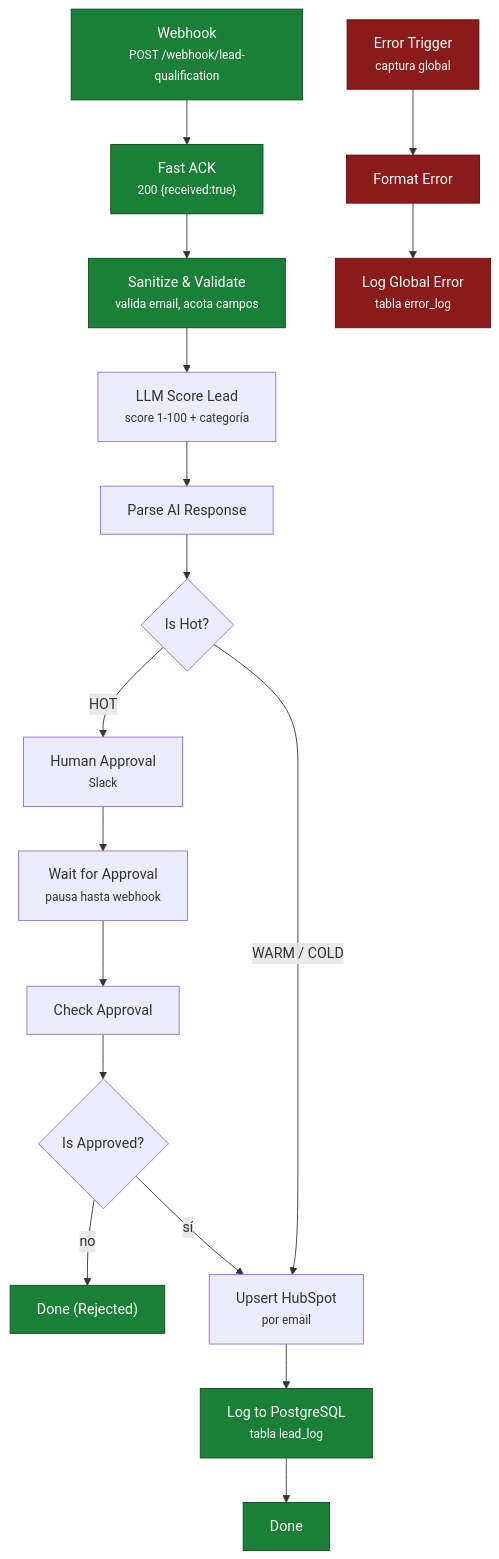
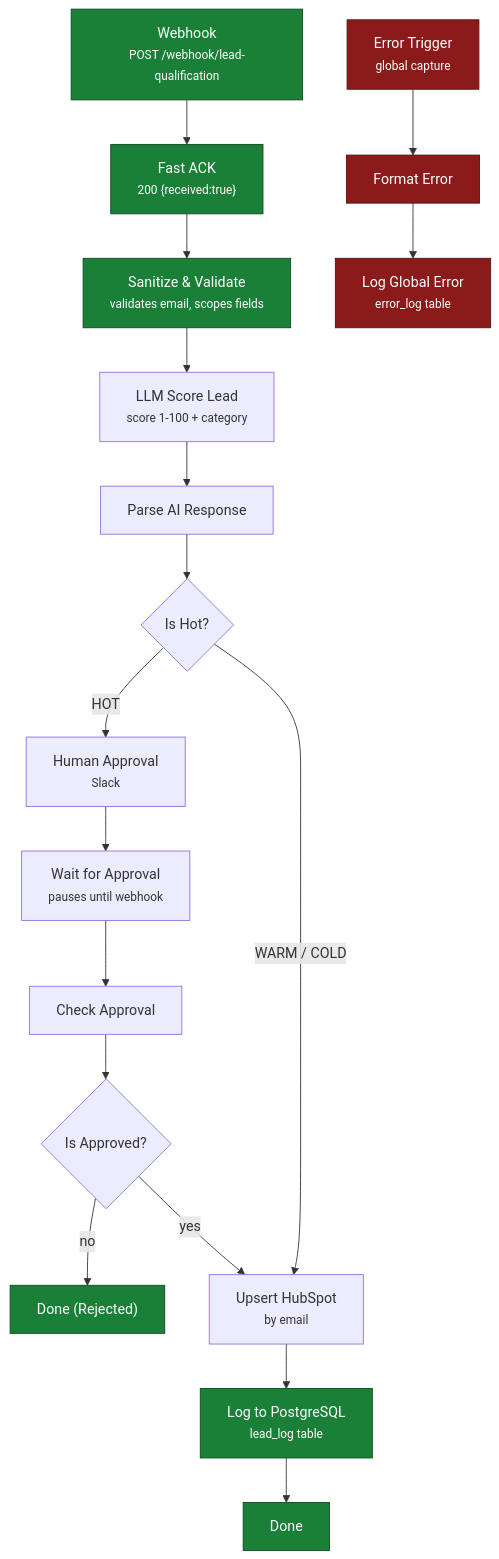
One commit to BhrayanM/Portafolio changed the diagram in docs/architecture.md. Above: the diagram before and after it, drawn with Mermaid. The commit also changed other lines of this file and 59 other files, not shown here.

````diff
--- a/docs/architecture.md
+++ b/docs/architecture.md
@@ -39,28 +38,28 @@
 ```mermaid
 flowchart TD
     W["Webhook<br/><small>POST /webhook/lead-qualification</small>"] --> ACK["Fast ACK<br/><small>200 {received:true}</small>"]
-    ACK --> SAN["Sanitize &amp; Validate<br/><small>valida email, acota campos</small>"]
-    SAN --> AI["LLM Score Lead<br/><small>score 1-100 + categoría</small>"]
+    ACK --> SAN["Sanitize &amp; Validate<br/><small>validates email, scopes fields</small>"]
+    SAN --> AI["LLM Score Lead<br/><small>score 1-100 + category</small>"]
     AI --> PARSE["Parse AI Response"]
     PARSE --> HOT{"Is Hot?"}
 
     HOT -- "HOT" --> SLACK["Human Approval<br/><small>Slack</small>"]
-    SLACK --> WAIT["Wait for Approval<br/><small>pausa hasta webhook</small>"]
+    SLACK --> WAIT["Wait for Approval<br/><small>pauses until webhook</small>"]
     WAIT --> CHECK["Check Approval"]
     CHECK --> APPR{"Is Approved?"}
     APPR -- "no" --> REJ["Done (Rejected)"]
-    APPR -- "sí" --> HUB["Upsert HubSpot<br/><small>por email</small>"]
+    APPR -- "yes" --> HUB["Upsert HubSpot<br/><small>by email</small>"]
 
     HOT -- "WARM / COLD" --> HUB
-    HUB --> LOG["Log to PostgreSQL<br/><small>tabla lead_log</small>"]
+    HUB --> LOG["Log to PostgreSQL<br/><small>lead_log table</small>"]
     LOG --> DONE["Done"]
 
-    ERR["Error Trigger<br/><small>captura global</small>"] --> FMT["Format Error"]
-    FMT --> ELOG["Log Global Error<br/><small>tabla error_log</small>"]
+    ERR["Error Trigger<br/><small>global capture</small>"] --> FMT["Format Error"]
+    FMT --> ELOG["Log Global Error<br/><small>error_log table</small>"]
 
     classDef ok fill:#1a7f37,stroke:#0d4a20,color:#fff
     classDef err fill:#8b1a1a,stroke:#5c0f0f,color:#fff
 
     class W,ACK,SAN,LOG,DONE,REJ ok
     class ERR,FMT,ELOG err
 ```
````
